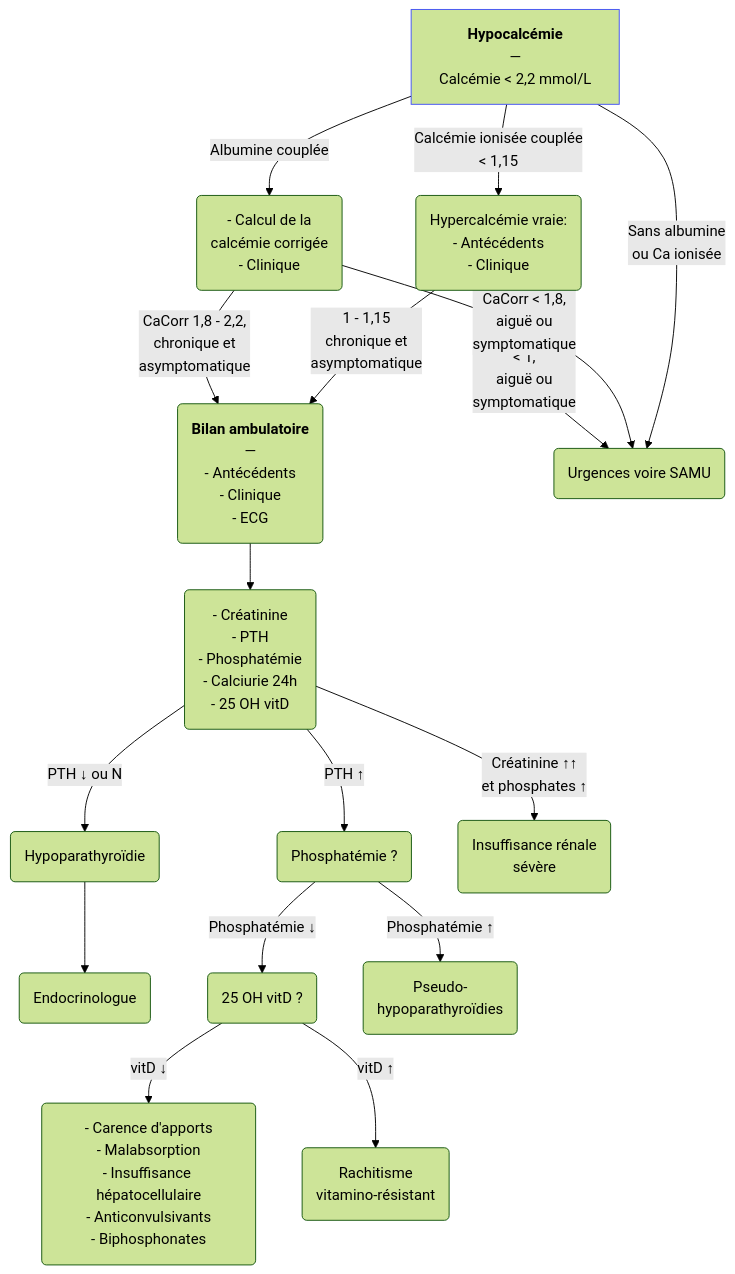
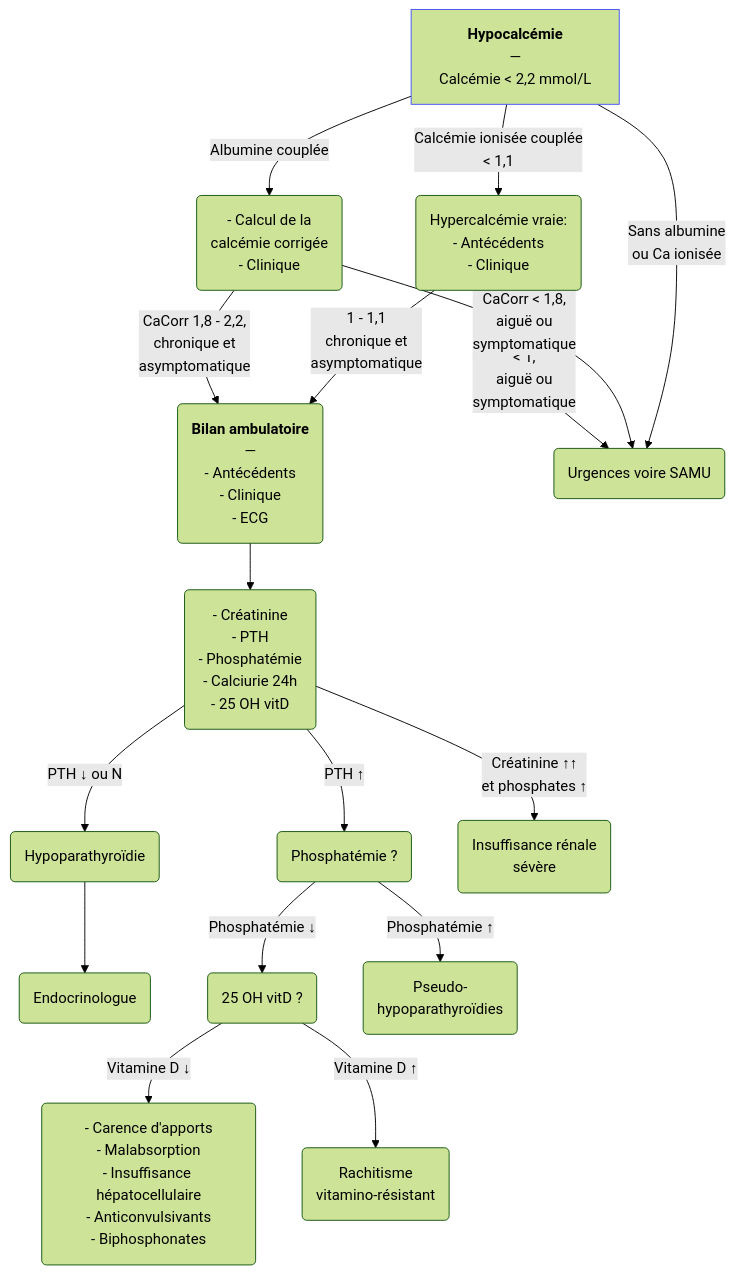
One commit to djibe/recommandations-medicales changed the diagram in content/recommandations/hypocalcemie.md. Above: the diagram before and after it, drawn with Mermaid (forest theme). The commit also changed other lines of this file and 13 other files, not shown here.

```diff
--- a/content/recommandations/hypocalcemie.md
+++ b/content/recommandations/hypocalcemie.md
@@ -176,14 +180,14 @@
 {{< mermaid title="Prise en charge d'une hypocalcémie par le médecin généraliste. Dr JB Fron d'après Collèges" >}}
 graph TB
   hypocalcémie["<b>Hypocalcémie</b><br>—<br>Calcémie &lt; 2,2 mmol/L"] -- Albumine couplée --> corrigée("- Calcul de la <br>calcémie corrigée<br>- Clinique") -- "CaCorr 1,8 - 2,2,<br>chronique et<br>asymptomatique" --> ambulatoire("<b>Bilan ambulatoire</b><br>—<br>- Antécédents<br>- Clinique<br>- ECG") --> bilan("- Créatinine<br>- PTH<br>- Phosphatémie<br>- Calciurie 24h<br>- 25 OH vitD") -- "PTH ↓ ou N" --> hypoparathyroïdie(Hypoparathyroïdie) --> endocrinologue(Endocrinologue)
   bilan -- PTH ↑ --> phosphatémie("Phosphatémie ?")
     bilan -- "Créatinine ↑↑<br>et phosphates ↑" --> insuffisance("Insuffisance rénale<br>sévère")
-    hypocalcémie -- "Calcémie ionisée couplée<br>&lt; 1,15" --> ionisée("Hypercalcémie vraie:<br>- Antécédents<br>- Clinique") -- "&lt; 1,<br>aiguë ou<br>symptomatique" --> urgences("Urgences voire SAMU")
+    hypocalcémie -- "Calcémie ionisée couplée<br>&lt; 1,1" --> ionisée("Hypercalcémie vraie:<br>- Antécédents<br>- Clinique") -- "&lt; 1,<br>aiguë ou<br>symptomatique" --> urgences("Urgences voire SAMU")
       corrigée -- "CaCorr &lt; 1,8,<br>aiguë ou<br>symptomatique" --> urgences
     hypocalcémie -- "Sans albumine<br>ou Ca ionisée" --> urgences
-      ionisée -- "1 - 1,15<br>chronique et<br>asymptomatique" --> ambulatoire
-        phosphatémie -- "Phosphatémie ↓" --> vitamineD("25 OH vitD ?") -- "vitD ↓" --> carence("- Carence d'apports<br>- Malabsorption<br>- Insuffisance hépatocellulaire<br>- Anticonvulsivants<br>- Biphosphonates")
+      ionisée -- "1 - 1,1<br>chronique et<br>asymptomatique" --> ambulatoire
+        phosphatémie -- "Phosphatémie ↓" --> vitamineD("25 OH vitD ?") -- "Vitamine D ↓" --> carence("- Carence d'apports<br>- Malabsorption<br>- Insuffisance hépatocellulaire<br>- Anticonvulsivants<br>- Biphosphonates")
         phosphatémie -- "Phosphatémie ↑" --> pseudo-hypoparathyroïdies("Pseudo-<br>hypoparathyroïdies")
-          vitamineD -- "vitD ↑" --> rachitisme("Rachitisme<br>vitamino-résistant")
+          vitamineD -- "Vitamine D ↑" --> rachitisme("Rachitisme<br>vitamino-résistant")
   style hypocalcémie stroke:#4150f5, stroke-width:1px
 {{< /mermaid >}}
```
